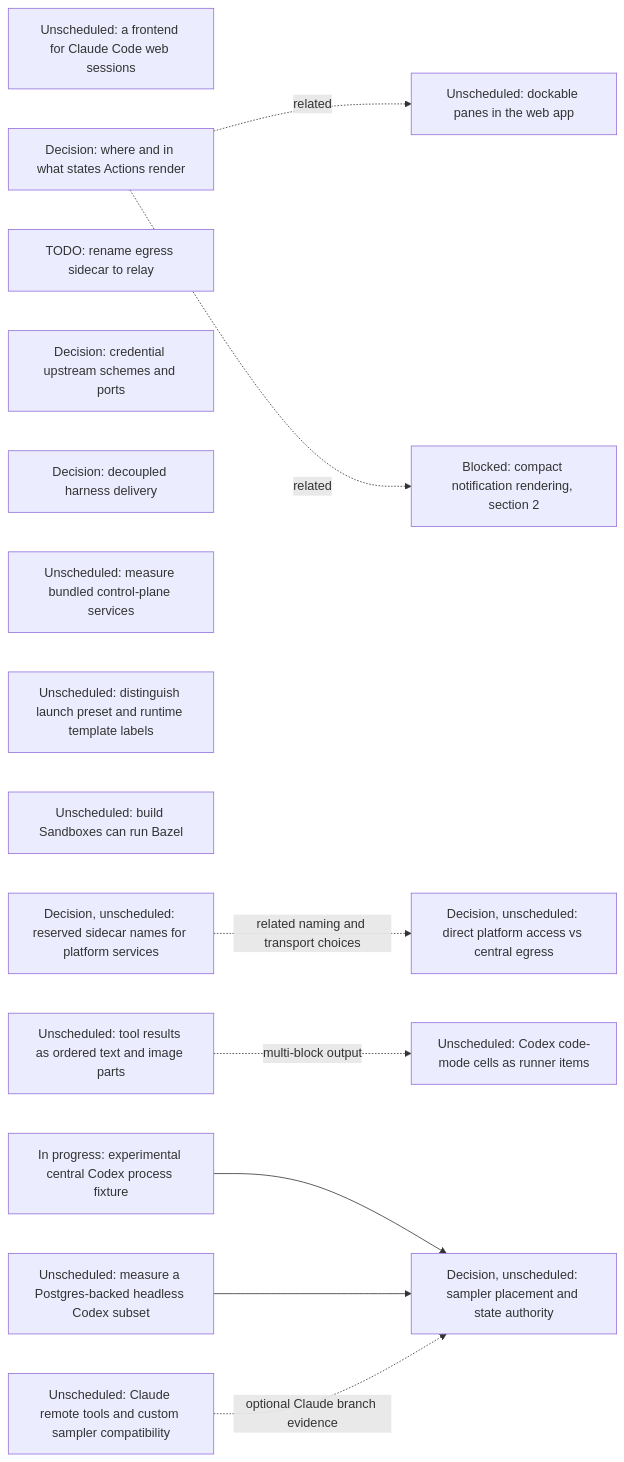
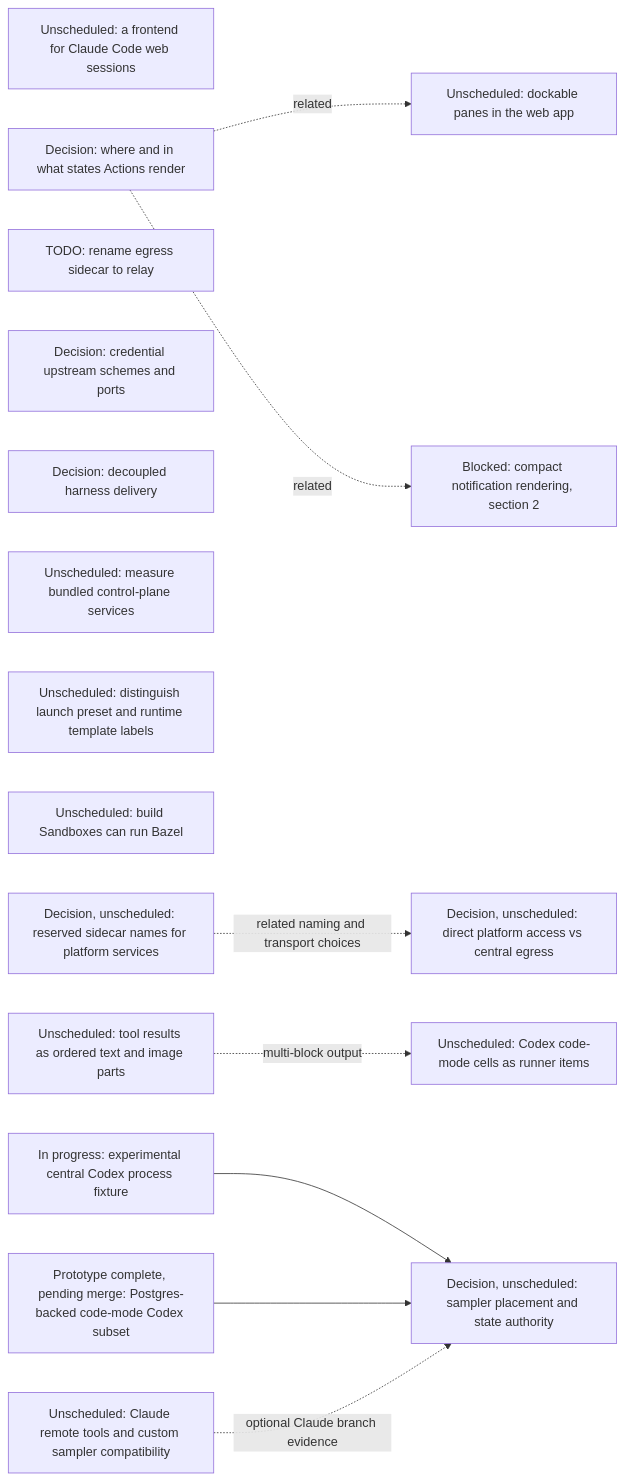
One commit to agentydragon-agent/ducktape changed the eighth of 19 diagrams in agentplane/plans/task_dag.md. Above: the diagram before and after it, drawn with Mermaid. The commit also changed other lines of this file and 13 other files, not shown here.

````diff
--- a/agentplane/plans/task_dag.md
+++ b/agentplane/plans/task_dag.md
@@ -589,26 +589,26 @@
 ```mermaid
 flowchart LR
     CLAUDE_CODE_WEB_BRIDGE[Unscheduled: a frontend for Claude Code web sessions]
     ACTION_SURFACES_DESIGN[Decision: where and in what states Actions render]
     EGRESS_RELAY_RENAME[TODO: rename egress sidecar to relay]
     EGRESS_CREDENTIAL_TRANSPORT_DESIGN[Decision: credential upstream schemes and ports]
     RUNNER_HARNESS_DELIVERY_DESIGN[Decision: decoupled harness delivery]
     K3S_BUNDLED_SERVICES_SPIKE[Unscheduled: measure bundled control-plane services]
     DOCKABLE_PANES[Unscheduled: dockable panes in the web app]
     ACTION_SURFACES_DESIGN -. related .-> DOCKABLE_PANES
     NOTIFICATION_PRESENTATION[Blocked: compact notification rendering, section 2]
     ACTION_SURFACES_DESIGN -. related .-> NOTIFICATION_PRESENTATION
     SANDBOX_FORM_TERMINOLOGY[Unscheduled: distinguish launch preset and runtime template labels]
     BUILD_BOX_BAZEL[Unscheduled: build Sandboxes can run Bazel]
     PLATFORM_SERVICE_NAMES_DESIGN[Decision, unscheduled: reserved sidecar names for platform services]
     PLATFORM_SERVICE_ROUTING_DESIGN[Decision, unscheduled: direct platform access vs central egress]
     PLATFORM_SERVICE_NAMES_DESIGN -. related naming and transport choices .-> PLATFORM_SERVICE_ROUTING_DESIGN
     STRUCTURED_TOOL_OUTPUT[Unscheduled: tool results as ordered text and image parts]
     STRUCTURED_TOOL_OUTPUT -. multi-block output .-> CODEX_CODE_MODE_CELLS[Unscheduled: Codex code-mode cells as runner items]
     CENTRAL_CODEX_SPIKE[In progress: experimental central Codex process fixture]
     CENTRAL_CODEX_SPIKE --> HARNESS_PLACEMENT_DESIGN[Decision, unscheduled: sampler placement and state authority]
-    POSTGRES_HARNESS_SPIKE[Unscheduled: measure a Postgres-backed headless Codex subset]
+    POSTGRES_HARNESS_SPIKE[Prototype complete, pending merge: Postgres-backed code-mode Codex subset]
     POSTGRES_HARNESS_SPIKE --> HARNESS_PLACEMENT_DESIGN
     CLAUDE_REMOTE_EXECUTION_SPIKE[Unscheduled: Claude remote tools and custom sampler compatibility]
     CLAUDE_REMOTE_EXECUTION_SPIKE -. optional Claude branch evidence .-> HARNESS_PLACEMENT_DESIGN
 ```
````
